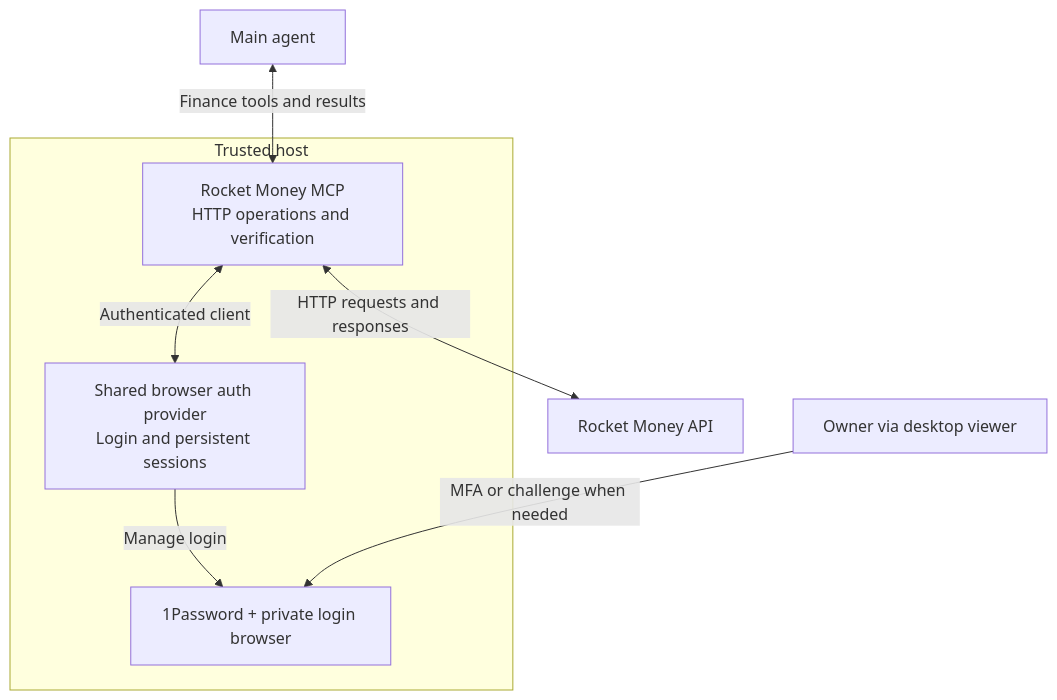
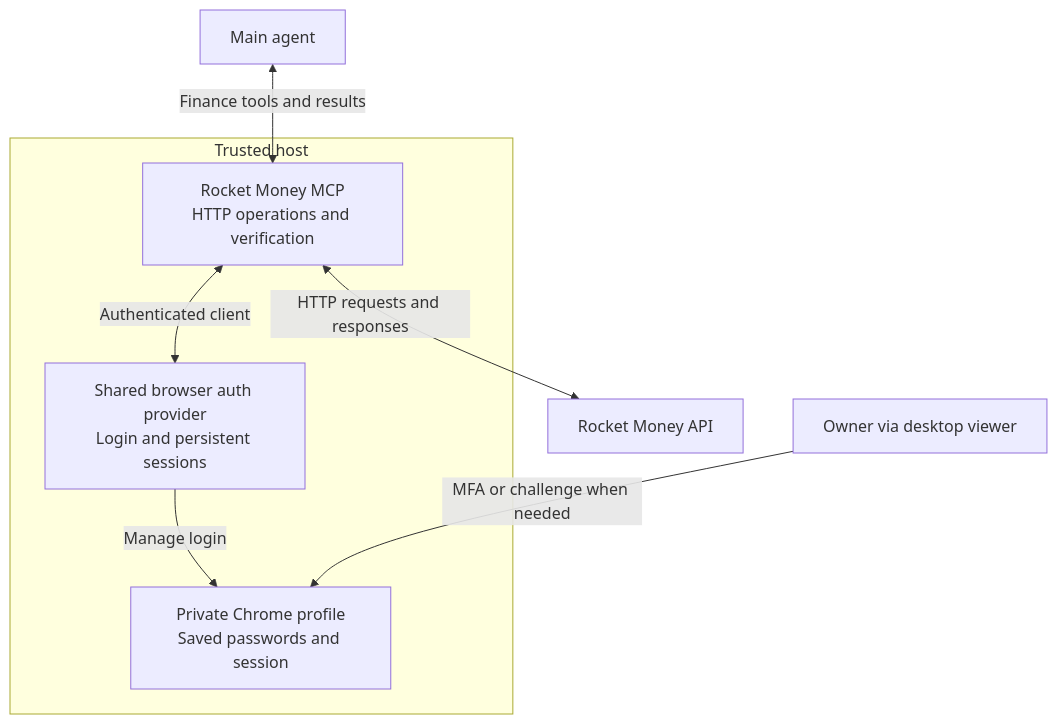
The diagram in docs/plans/031-rocket-money-integration.md (coletaylor788/puddles), drawn with Mermaid before and after one commit. The commit also changed other lines of this file and 2 other files, not shown here.

````diff
--- a/docs/plans/031-rocket-money-integration.md
+++ b/docs/plans/031-rocket-money-integration.md
@@ -17,16 +17,16 @@
 ```mermaid
 flowchart TB
     Main["Main agent"]
     subgraph Host["Trusted host"]
         MCP["Rocket Money MCP<br/>HTTP operations and verification"]
         Auth["Shared browser auth provider<br/>Login and persistent sessions"]
-        Login["1Password + private login browser"]
+        Login["Private Chrome profile<br/>Saved passwords and session"]
         MCP <-->|"Authenticated client"| Auth
         Auth -->|"Manage login"| Login
     end
     API["Rocket Money API"]
     Owner["Owner via desktop viewer"]
     Main <-->|"Finance tools and results"| MCP
     MCP <-->|"HTTP requests and responses"| API
     Owner -->|"MFA or challenge when needed"| Login
 ```
````
